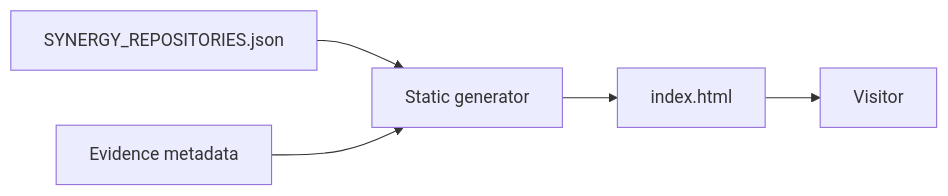
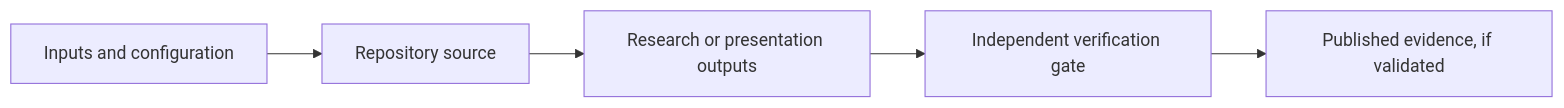
One commit to Shtenco/shtenco.github.io changed the diagram in README.md. Above: the diagram before and after it, drawn with Mermaid. The commit also changed other lines of this file and 2 other files, not shown here.

First line of the commit message:
docs: editorial README and vector architecture identity (#5)

````diff
--- a/README.md
+++ b/README.md
@@ -277,7 +27,7 @@
 ```mermaid
 flowchart LR
-    REG[SYNERGY_REPOSITORIES.json] --> GEN[Static generator]
-    EV[Evidence metadata] --> GEN
-    GEN --> HTML[index.html]
-    HTML --> USER[Visitor]
+ A[Inputs and configuration] --> B[Repository source]
+ B --> C[Research or presentation outputs]
+ C --> D[Independent verification gate]
+ D --> E[Published evidence, if validated]
 ```
````
